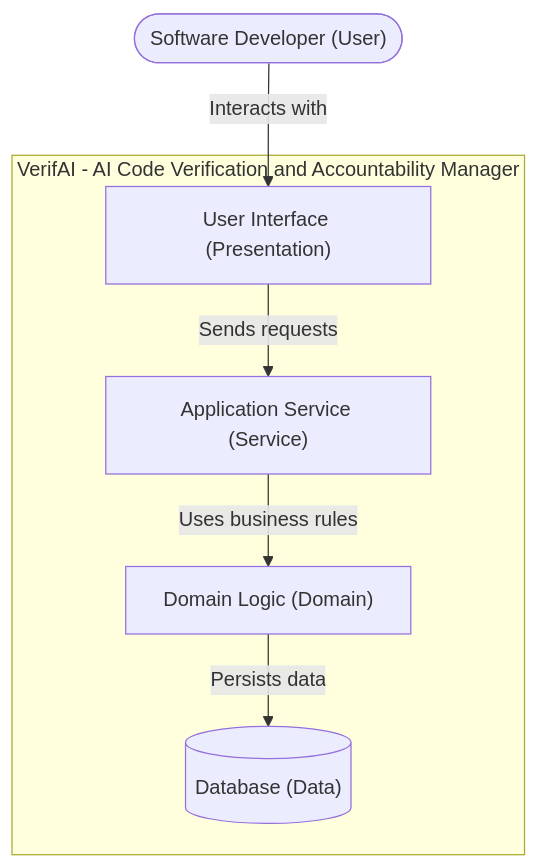
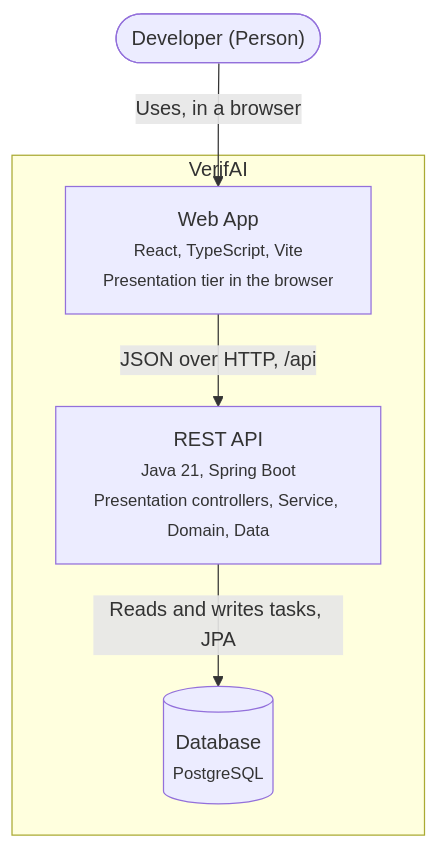
The second of 4 diagrams in README.md (ASantana0924/cen5064-project-santana), drawn with Mermaid before and after one commit. The commit also changed other lines of this file and 5 other files, not shown here.

````diff
--- a/README.md
+++ b/README.md
@@ -50,18 +91,15 @@
 ```mermaid
-%% Container view: your containers should match the tier table above.
 flowchart TB
-    developer(["Software Developer (User)"])
+    developer(["Developer (Person)"])
 
-    subgraph verifai["VerifAI - AI Code Verification and Accountability Manager"]
-        ui["User Interface (Presentation)"]
-        service["Application Service (Service)"]
-        domain["Domain Logic (Domain)"]
-        database[("Database (Data)")]
+    subgraph verifai["VerifAI"]
+        spa["Web App<br/><small>React, TypeScript, Vite<br/>Presentation tier in the browser</small>"]
+        api["REST API<br/><small>Java 21, Spring Boot<br/>Presentation controllers, Service, Domain, Data</small>"]
+        db[("Database<br/><small>PostgreSQL</small>")]
 
-        ui -->|Sends requests| service
-        service -->|Uses business rules| domain
-        domain -->|Persists data| database
+        spa -->|JSON over HTTP, /api| api
+        api -->|Reads and writes tasks, JPA| db
     end
 
-    developer -->|Interacts with| ui
+    developer -->|Uses, in a browser| spa
 ```
````
